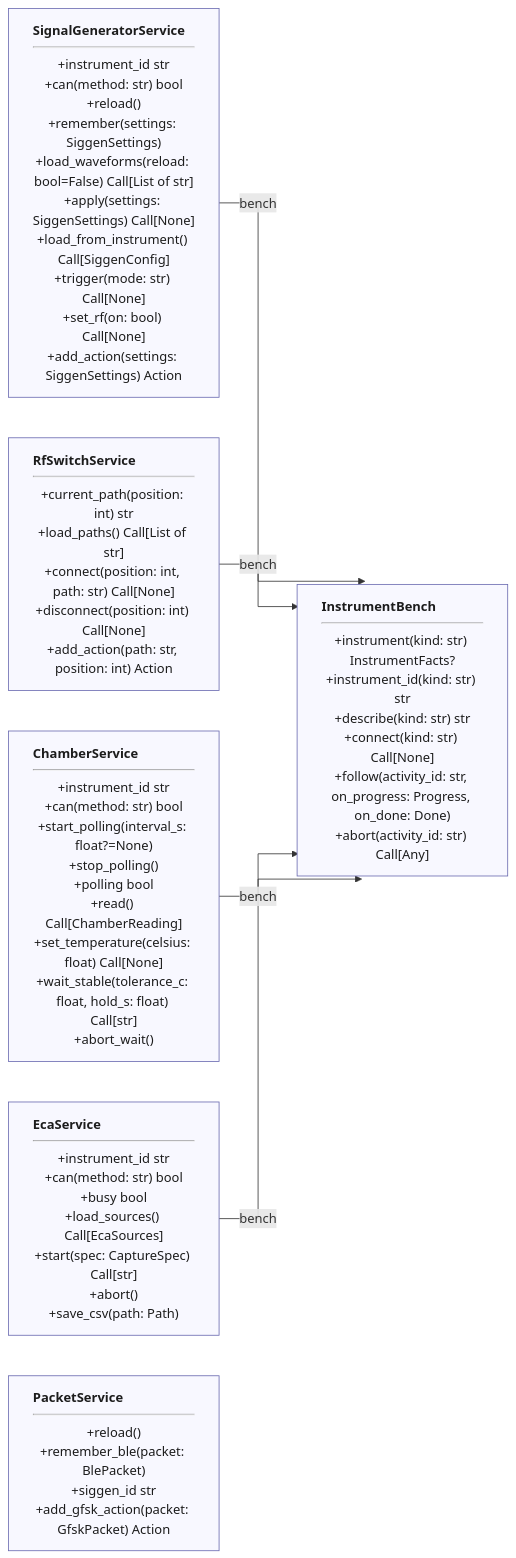
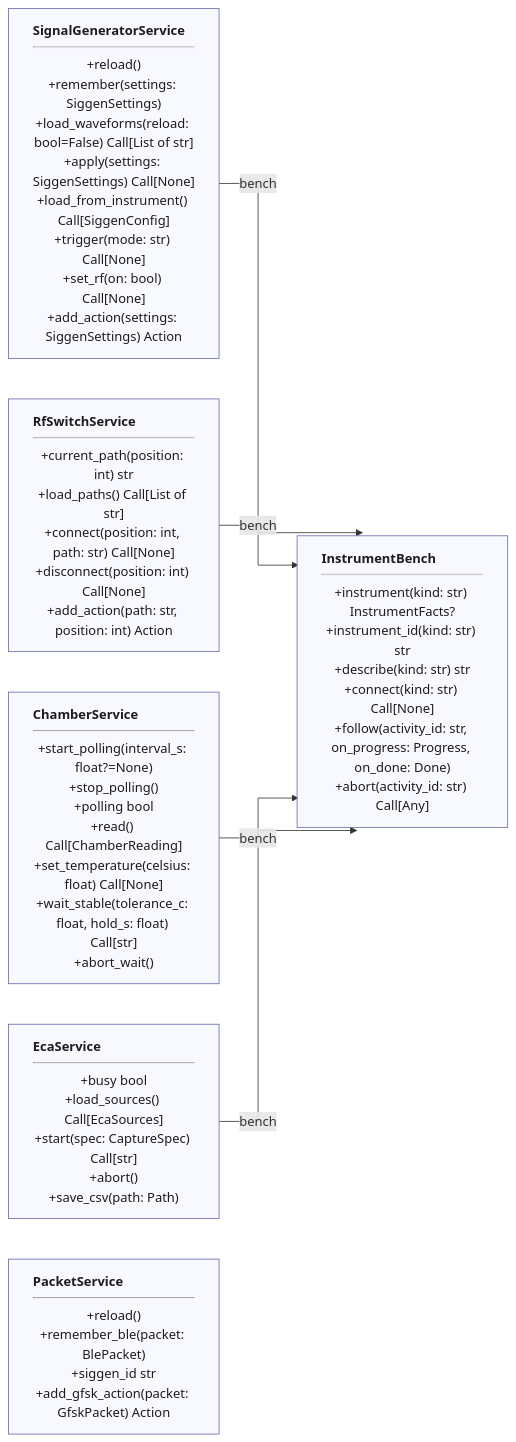
One commit to ShoyonK/sample_ui changed diagram 18 of 30 in docs/ARCHITECTURE.md. Above: the diagram before and after it, drawn with Mermaid. The commit also changed other lines of this file and 315 other files, not shown here.

````diff
--- a/docs/ARCHITECTURE.md
+++ b/docs/ARCHITECTURE.md
@@ -598,16 +622,16 @@
 ```mermaid
 %%{init: {"flowchart": {"curve": "stepBefore"}}}%%
 flowchart LR
     classDef box text-align:left,fill:#f8f8ff,stroke:#6a6ab0,color:#1c1c1c
     classDef stub fill:#ffffff,stroke:#6a6ab0,stroke-dasharray:4 3,color:#1c1c1c
     InstrumentBench["<b>InstrumentBench</b><hr/>+instrument(kind: str) InstrumentFacts?<br/>+instrument_id(kind: str) str<br/>+describe(kind: str) str<br/>+connect(kind: str) Call[None]<br/>+follow(activity_id: str, on_progress: Progress, on_done: Done)<br/>+abort(activity_id: str) Call[Any]"]:::box
-    SignalGeneratorService["<b>SignalGeneratorService</b><hr/>+instrument_id str<br/>+can(method: str) bool<br/>+reload()<br/>+remember(settings: SiggenSettings)<br/>+load_waveforms(reload: bool=False) Call[List of str]<br/>+apply(settings: SiggenSettings) Call[None]<br/>+load_from_instrument() Call[SiggenConfig]<br/>+trigger(mode: str) Call[None]<br/>+set_rf(on: bool) Call[None]<br/>+add_action(settings: SiggenSettings) Action"]:::box
+    SignalGeneratorService["<b>SignalGeneratorService</b><hr/>+reload()<br/>+remember(settings: SiggenSettings)<br/>+load_waveforms(reload: bool=False) Call[List of str]<br/>+apply(settings: SiggenSettings) Call[None]<br/>+load_from_instrument() Call[SiggenConfig]<br/>+trigger(mode: str) Call[None]<br/>+set_rf(on: bool) Call[None]<br/>+add_action(settings: SiggenSettings) Action"]:::box
     RfSwitchService["<b>RfSwitchService</b><hr/>+current_path(position: int) str<br/>+load_paths() Call[List of str]<br/>+connect(position: int, path: str) Call[None]<br/>+disconnect(position: int) Call[None]<br/>+add_action(path: str, position: int) Action"]:::box
-    ChamberService["<b>ChamberService</b><hr/>+instrument_id str<br/>+can(method: str) bool<br/>+start_polling(interval_s: float?=None)<br/>+stop_polling()<br/>+polling bool<br/>+read() Call[ChamberReading]<br/>+set_temperature(celsius: float) Call[None]<br/>+wait_stable(tolerance_c: float, hold_s: float) Call[str]<br/>+abort_wait()"]:::box
-    EcaService["<b>EcaService</b><hr/>+instrument_id str<br/>+can(method: str) bool<br/>+busy bool<br/>+load_sources() Call[EcaSources]<br/>+start(spec: CaptureSpec) Call[str]<br/>+abort()<br/>+save_csv(path: Path)"]:::box
+    ChamberService["<b>ChamberService</b><hr/>+start_polling(interval_s: float?=None)<br/>+stop_polling()<br/>+polling bool<br/>+read() Call[ChamberReading]<br/>+set_temperature(celsius: float) Call[None]<br/>+wait_stable(tolerance_c: float, hold_s: float) Call[str]<br/>+abort_wait()"]:::box
+    EcaService["<b>EcaService</b><hr/>+busy bool<br/>+load_sources() Call[EcaSources]<br/>+start(spec: CaptureSpec) Call[str]<br/>+abort()<br/>+save_csv(path: Path)"]:::box
     PacketService["<b>PacketService</b><hr/>+reload()<br/>+remember_ble(packet: BlePacket)<br/>+siggen_id str<br/>+add_gfsk_action(packet: GfskPacket) Action"]:::box
     SignalGeneratorService -->|"bench"| InstrumentBench
     RfSwitchService -->|"bench"| InstrumentBench
     ChamberService -->|"bench"| InstrumentBench
     EcaService -->|"bench"| InstrumentBench
 ```
````
